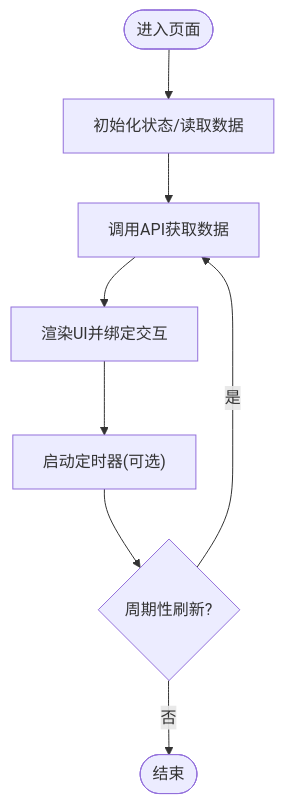
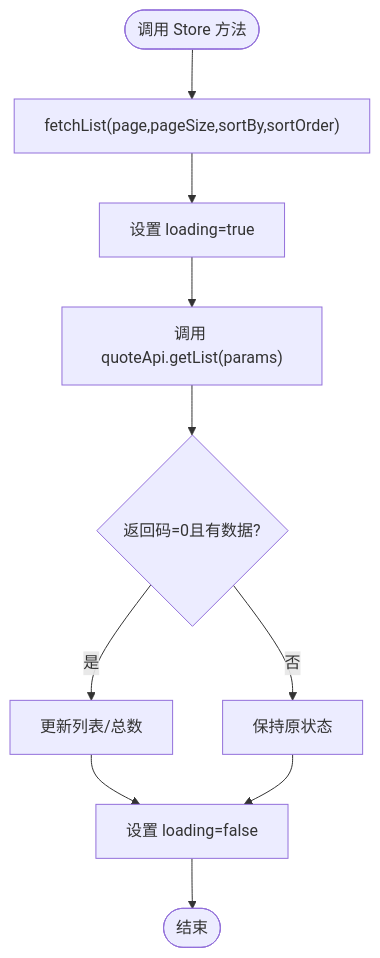
One commit to We3le7/stock-view changed the third of 5 diagrams in .qoder/repowiki/zh/content/前端开发/Vue应用架构.md. Above: the diagram before and after it, drawn with Mermaid. The commit also changed other lines of this file and 142 other files, not shown here.

````diff
--- a/.qoder/repowiki/zh/content/前端开发/Vue应用架构.md
+++ b/.qoder/repowiki/zh/content/前端开发/Vue应用架构.md
@@ -180,10 +195,12 @@
 ```mermaid
 flowchart TD
-Start(["进入页面"]) --> InitStore["初始化状态/读取数据"]
-InitStore --> FetchData["调用API获取数据"]
-FetchData --> RenderUI["渲染UI并绑定交互"]
-RenderUI --> Timer["启动定时器(可选)"]
-Timer --> Loop{"周期性刷新?"}
-Loop --> |是| FetchData
-Loop --> |否| End(["结束"])
+Start(["调用 Store 方法"]) --> FetchList["fetchList(page,pageSize,sortBy,sortOrder)"]
+FetchList --> SetLoading["设置 loading=true"]
+SetLoading --> CallAPI["调用 quoteApi.getList(params)"]
+CallAPI --> RespOK{"返回码=0且有数据?"}
+RespOK --> |是| UpdateState["更新列表/总数"]
+RespOK --> |否| KeepState["保持原状态"]
+UpdateState --> ClearLoading["设置 loading=false"]
+KeepState --> ClearLoading
+ClearLoading --> End(["结束"])
 ```
````
